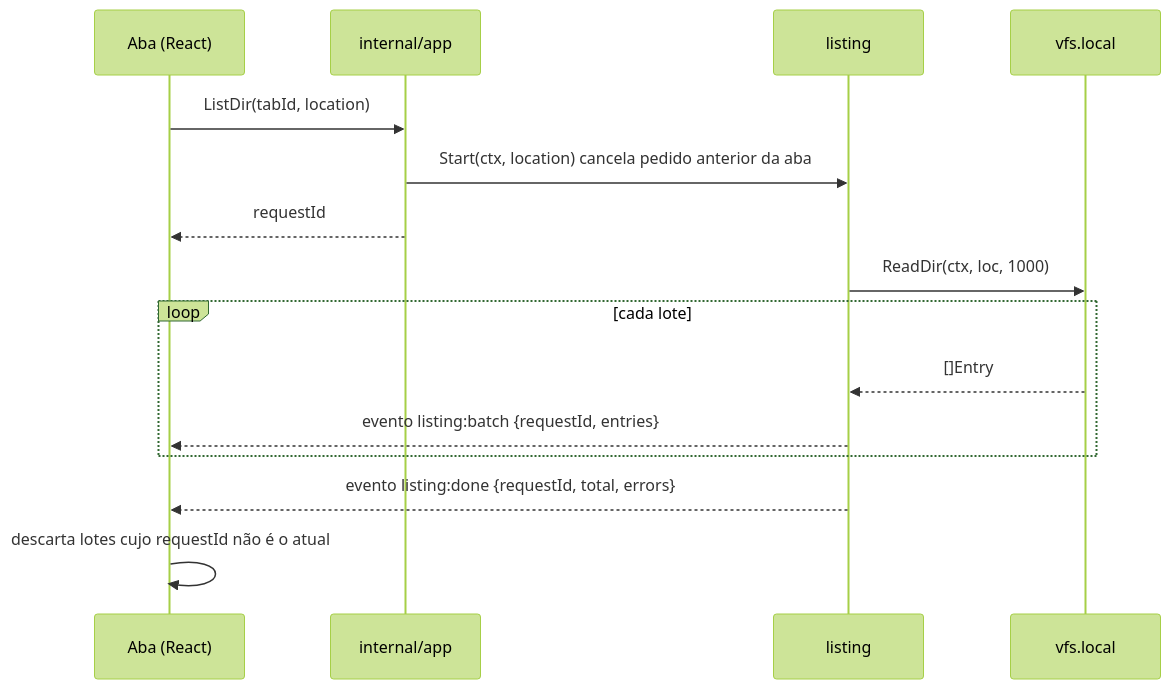
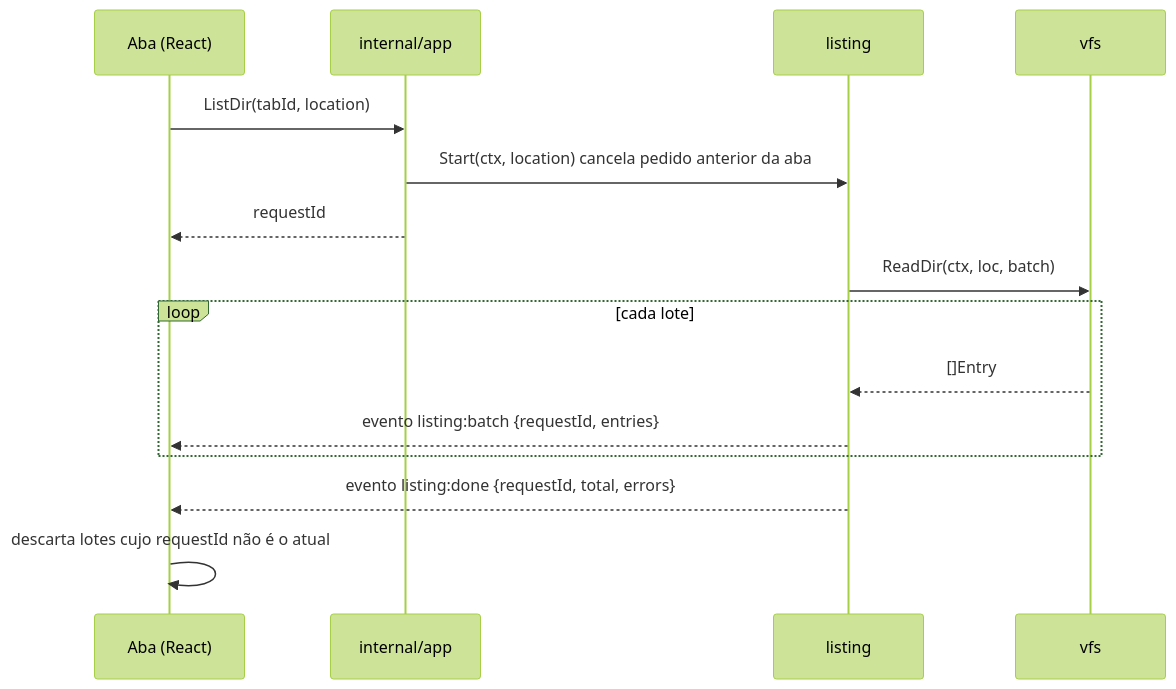
The second of 4 diagrams in docs/architecture.md (vitorkrewer/pulsares-file-explorer), drawn with Mermaid (forest theme) before and after one commit. The commit also changed other lines of this file and 11 other files, not shown here.

````diff
--- a/docs/architecture.md
+++ b/docs/architecture.md
@@ -97,18 +90,18 @@
 ```mermaid
 sequenceDiagram
   participant UI as Aba (React)
   participant App as internal/app
   participant L as listing
-  participant FS as vfs.local
+  participant FS as vfs
 
   UI->>App: ListDir(tabId, location)
   App->>L: Start(ctx, location) cancela pedido anterior da aba
   App-->>UI: requestId
-  L->>FS: ReadDir(ctx, loc, 1000)
+  L->>FS: ReadDir(ctx, loc, batch)
   loop cada lote
     FS-->>L: []Entry
     L-->>UI: evento listing:batch {requestId, entries}
   end
   L-->>UI: evento listing:done {requestId, total, errors}
   UI->>UI: descarta lotes cujo requestId não é o atual
 ```
````
